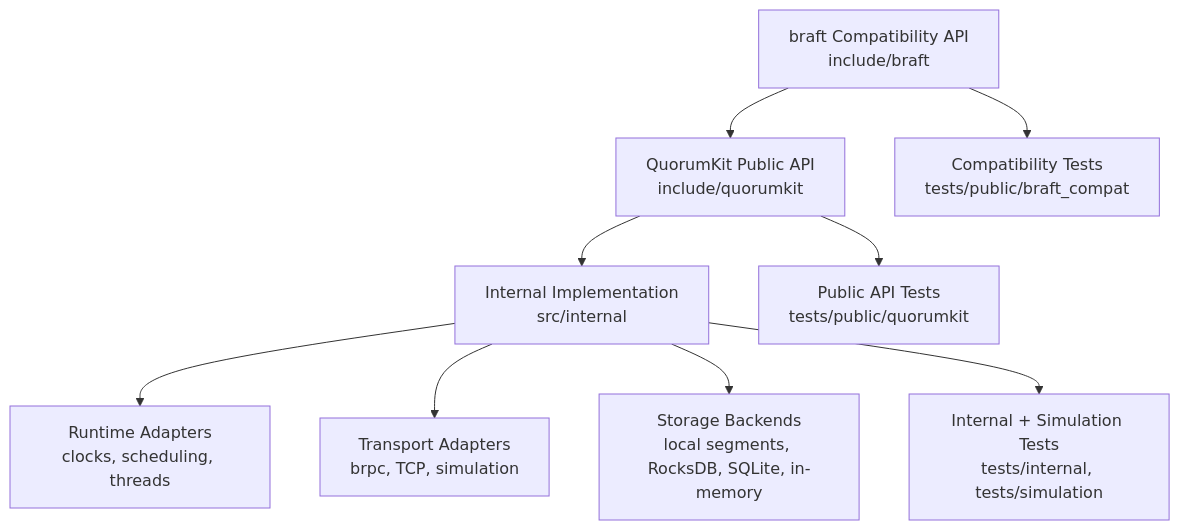
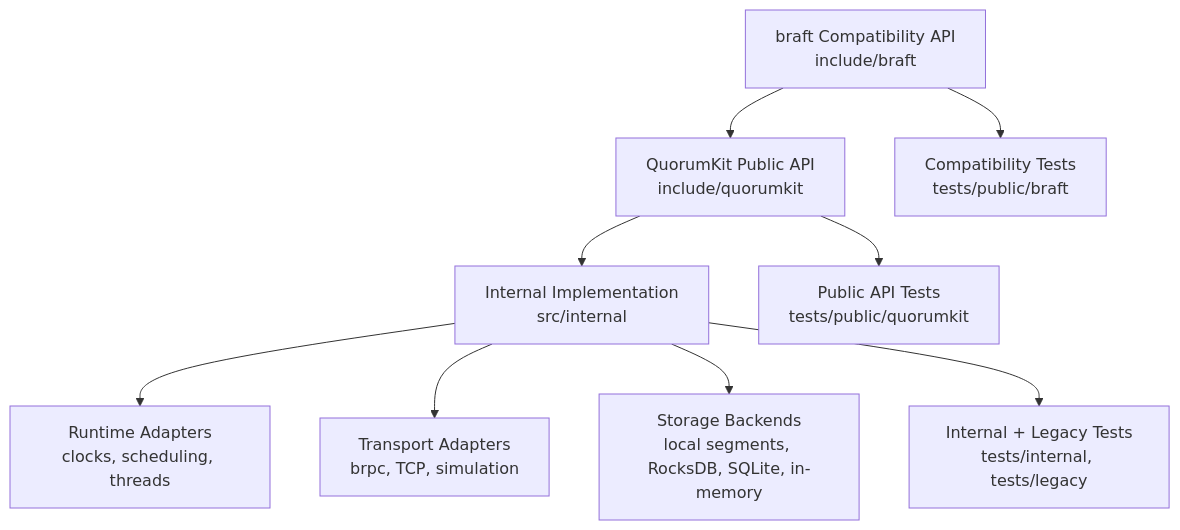
Before and after one commit to bringhurst/quorumkit: the diagram in website/docs/explanation/architecture-overview.md, drawn with Mermaid. The commit also changed 58 other files, not shown here.

First line of the commit message:
Reorganize tests by public and internal scope (#8)

````diff
--- a/website/docs/explanation/architecture-overview.md
+++ b/website/docs/explanation/architecture-overview.md
@@ -12,11 +12,11 @@
 ```mermaid
 flowchart TD
     Q[QuorumKit Public API\ninclude/quorumkit] --> I[Internal Implementation\nsrc/internal]
     B[braft Compatibility API\ninclude/braft] --> Q
     I --> R[Runtime Adapters\nclocks, scheduling, threads]
     I --> T[Transport Adapters\nbrpc, TCP, simulation]
     I --> S[Storage Backends\nlocal segments, RocksDB, SQLite, in-memory]
     Q --> PT[Public API Tests\ntests/public/quorumkit]
-    B --> CT[Compatibility Tests\ntests/public/braft_compat]
-    I --> DT[Internal + Simulation Tests\ntests/internal, tests/simulation]
+    B --> CT[Compatibility Tests\ntests/public/braft]
+    I --> DT[Internal + Legacy Tests\ntests/internal, tests/legacy]
 ```
````
